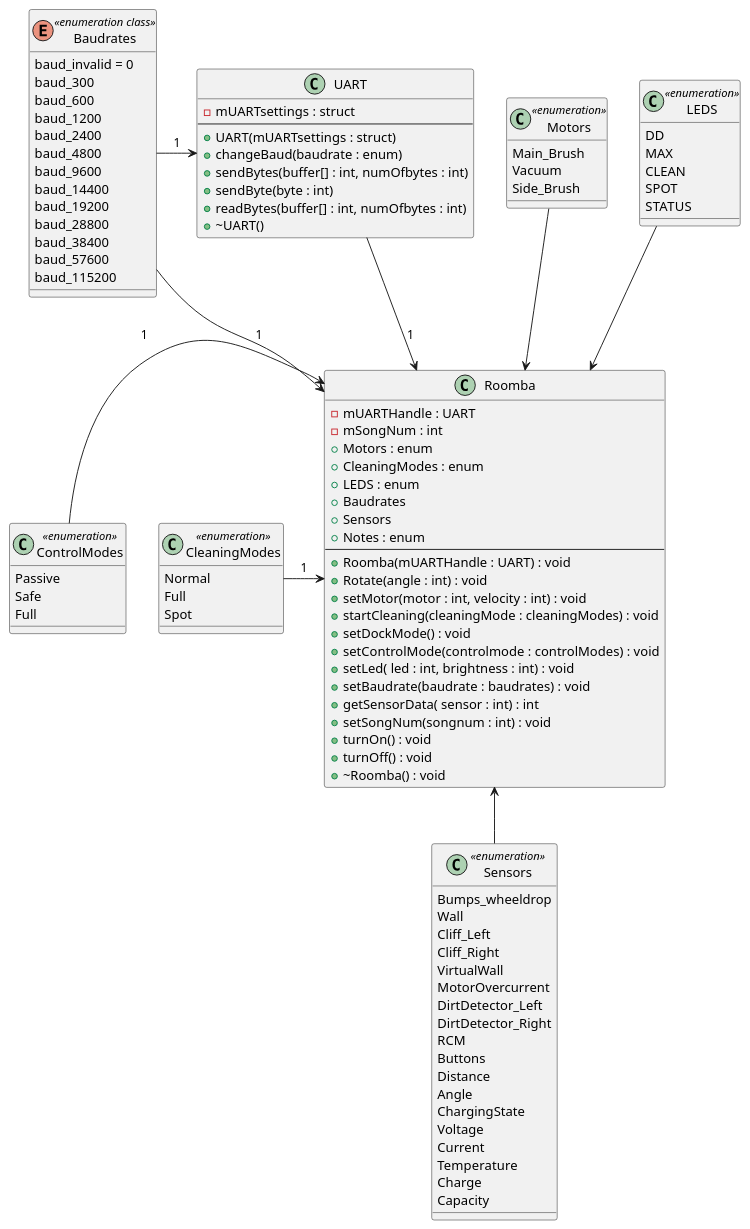
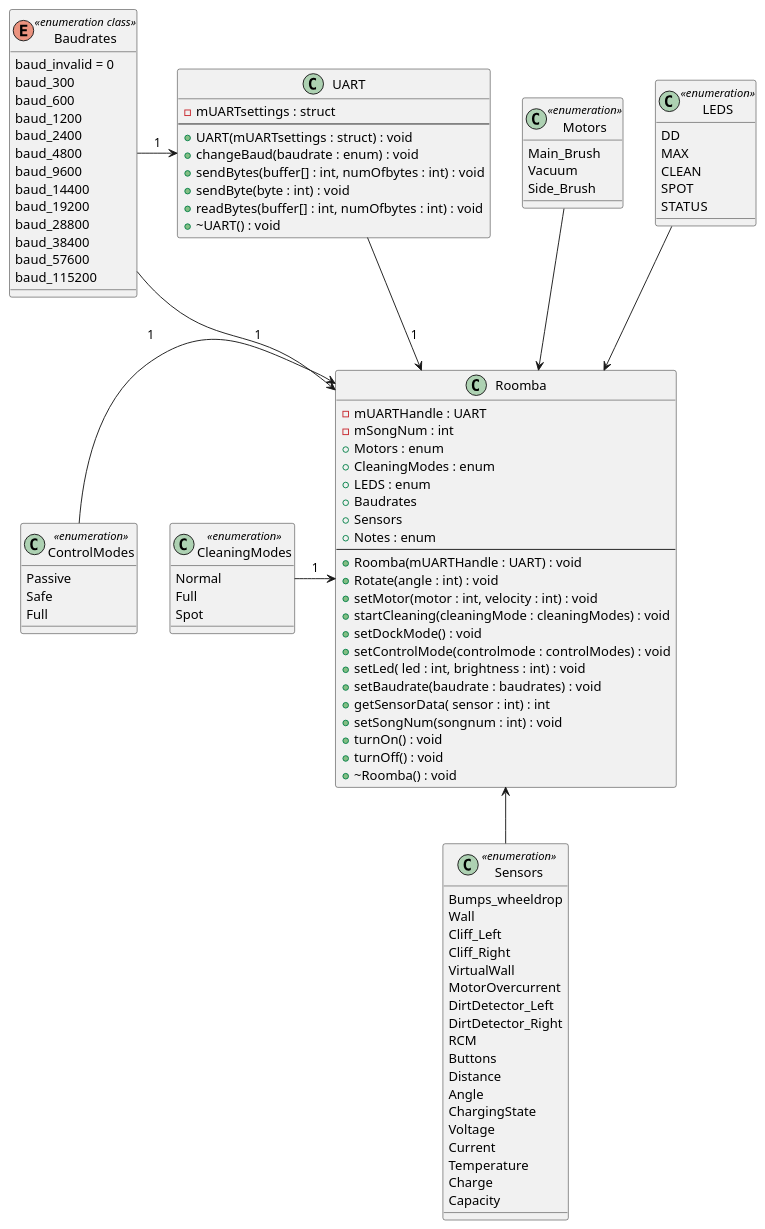
The diagram in Documentatie/Diagrammen/Roomba class diagram .puml (Hoog-V/Roomba_project_cpp), drawn with PlantUML before and after one commit.

Commit message:
-enh Added function types to UART  ->Class diagram

```diff
--- a/Documentatie/Diagrammen/Roomba class diagram .puml
+++ b/Documentatie/Diagrammen/Roomba class diagram .puml
@@ -1,122 +1,122 @@
 @startuml Roomba
 
 class Roomba 
 class CleaningModes <<enumeration>>
 class LEDS <<enumeration>>
 class Motors <<enumeration>>
 class ControlModes <<enumeration>>
 class Sensors <<enumeration>>
 interface UART
 interface Baudrates <<enumeration class>>
 
 Roomba <-left- CleaningModes : 1
 Roomba <-up- LEDS
 Roomba <-up- Motors 
 Roomba <-left- ControlModes : 1
 Roomba <-down- Sensors
 Roomba <-up- UART : 1
 Roomba <-left- Baudrates : 1
 
 
 UART <-left- Baudrates : 1
 
 class Roomba {
   - mUARTHandle : UART
   - mSongNum : int
   + Motors : enum
   + CleaningModes : enum
   + LEDS : enum
   + Baudrates
   + Sensors
   + Notes : enum
   --
   + Roomba(mUARTHandle : UART) : void
   + Rotate(angle : int) : void
   + setMotor(motor : int, velocity : int) : void
   + startCleaning(cleaningMode : cleaningModes) : void
   + setDockMode() : void
   + setControlMode(controlmode : controlModes) : void
   + setLed( led : int, brightness : int) : void
   + setBaudrate(baudrate : baudrates) : void
   + getSensorData( sensor : int) : int
   + setSongNum(songnum : int) : void
   + turnOn() : void
   + turnOff() : void
   + ~Roomba() : void
 }
 
 class LEDS {
 DD
 MAX
 CLEAN
 SPOT
 STATUS
 }
 
 class Motors {
 Main_Brush
 Vacuum
 Side_Brush
 }
 
 enum Baudrates {
 baud_invalid = 0
 baud_300
 baud_600
 baud_1200
 baud_2400
 baud_4800
 baud_9600
 baud_14400
 baud_19200
 baud_28800
 baud_38400
 baud_57600
 baud_115200
 }
 
 class UART {
 - mUARTsettings : struct
 --
-+ UART(mUARTsettings : struct)
-+ changeBaud(baudrate : enum)
-+ sendBytes(buffer[] : int, numOfbytes : int)
-+ sendByte(byte : int)
-+ readBytes(buffer[] : int, numOfbytes : int)
-+ ~UART()
++ UART(mUARTsettings : struct) : void
++ changeBaud(baudrate : enum) : void
++ sendBytes(buffer[] : int, numOfbytes : int) : void
++ sendByte(byte : int) : void
++ readBytes(buffer[] : int, numOfbytes : int) : void
++ ~UART() : void
 }
 
 class CleaningModes {
 Normal
 Full
 Spot
 }
 
 class ControlModes {
 Passive
 Safe
 Full
 }
 
 class Sensors {
 Bumps_wheeldrop
 Wall
 Cliff_Left
 Cliff_Right
 VirtualWall
 MotorOvercurrent
 DirtDetector_Left
 DirtDetector_Right
 RCM
 Buttons
 Distance
 Angle
 ChargingState
 Voltage
 Current
 Temperature
 Charge
 Capacity
 }
 
 @enduml
```
